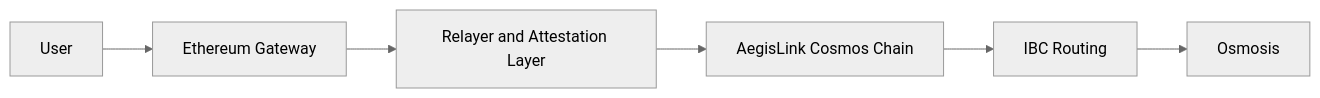
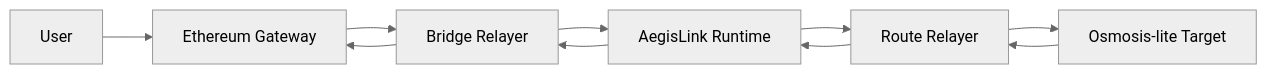
One commit to ayushns01/AegisLink changed the diagram in README.md. Above: the diagram before and after it, drawn with Mermaid (neutral theme). The commit also changed other lines of this file and 6 other files, not shown here.

````diff
--- a/README.md
+++ b/README.md
@@ -23,8 +41,12 @@
 ```mermaid
 flowchart LR
-    U[User] --> E[Ethereum Gateway]
-    E --> R[Relayer and Attestation Layer]
-    R --> B[AegisLink Cosmos Chain]
-    B --> I[IBC Routing]
-    I --> O[Osmosis]
+    U["User"] --> E["Ethereum Gateway"]
+    E --> BR["Bridge Relayer"]
+    BR --> A["AegisLink Runtime"]
+    A --> RR["Route Relayer"]
+    RR --> O["Osmosis-lite Target"]
+    O --> RR
+    RR --> A
+    A --> BR
+    BR --> E
 ```
````
